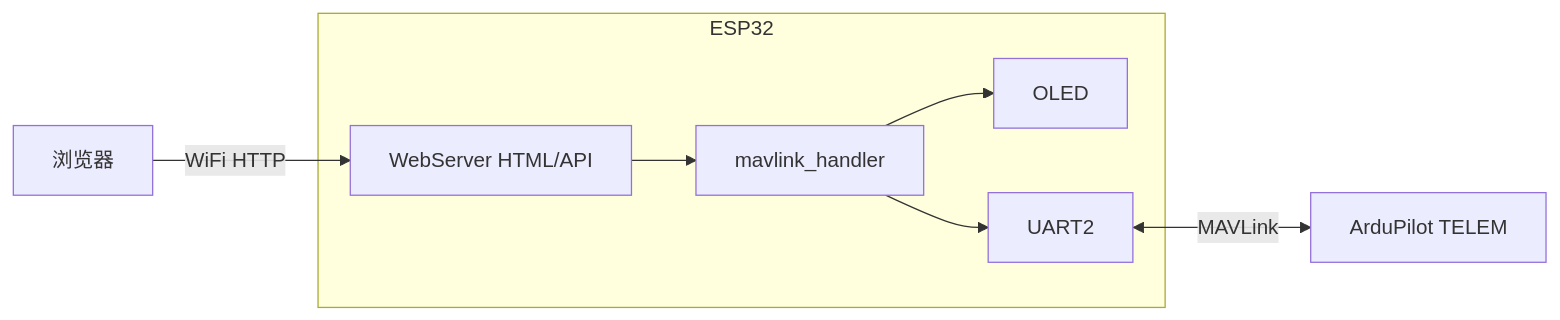
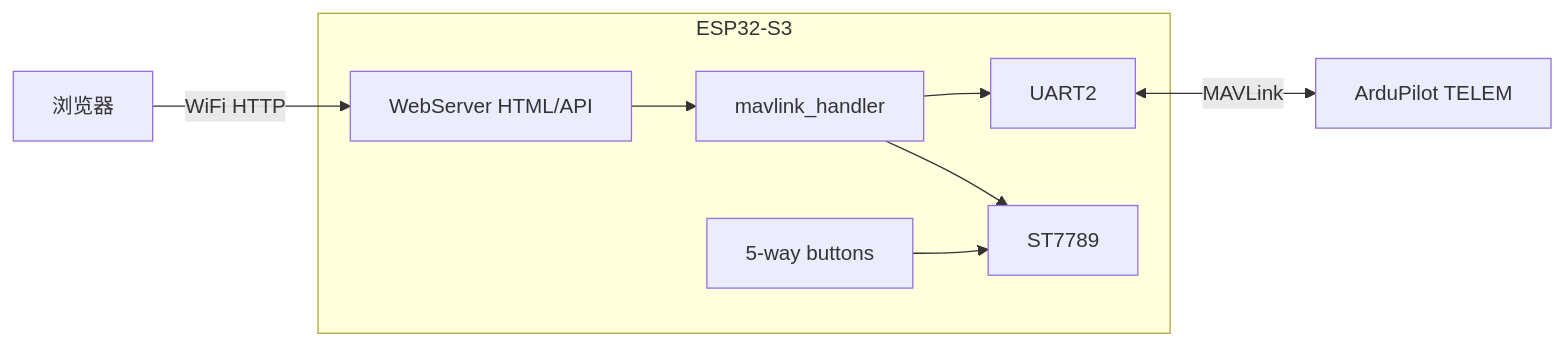
The diagram in README.md (jeskick/WEB-MAVLINK), drawn with Mermaid before and after one commit. The commit also changed other lines of this file and 24 other files, not shown here.

````diff
--- a/README.md
+++ b/README.md
@@ -28,17 +25,19 @@
 ```mermaid
 flowchart LR
-  subgraph esp [ESP32]
+  subgraph esp [ESP32-S3]
     WEB[WebServer HTML/API]
     MAV[mavlink_handler]
-    OLED[OLED]
+    TFT[ST7789]
+    BTN[5-way buttons]
     UART[UART2]
   end
   FC[ArduPilot TELEM]
   PHONE[浏览器]
 
   PHONE -->|WiFi HTTP| WEB
   WEB --> MAV
   MAV --> UART
   UART <-->|MAVLink| FC
-  MAV --> OLED
+  MAV --> TFT
+  BTN --> TFT
 ```
````
